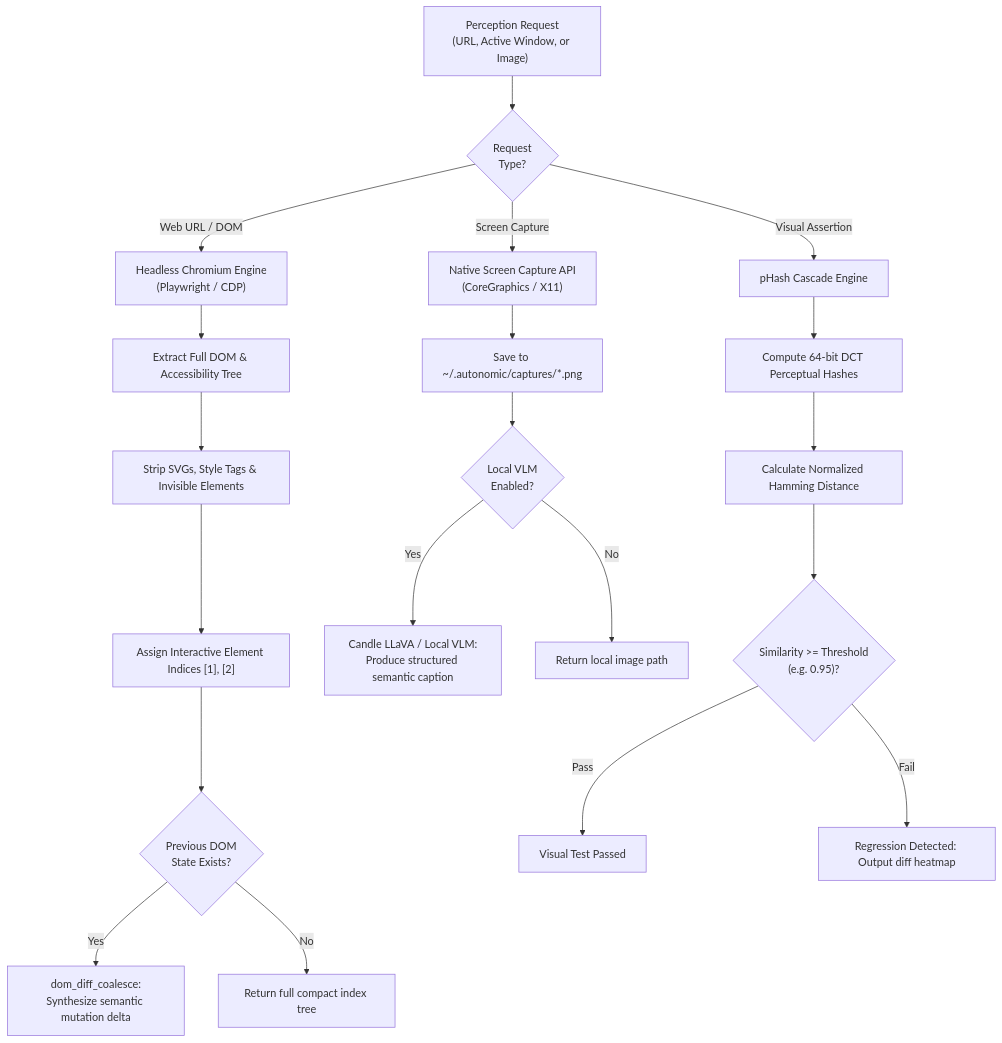
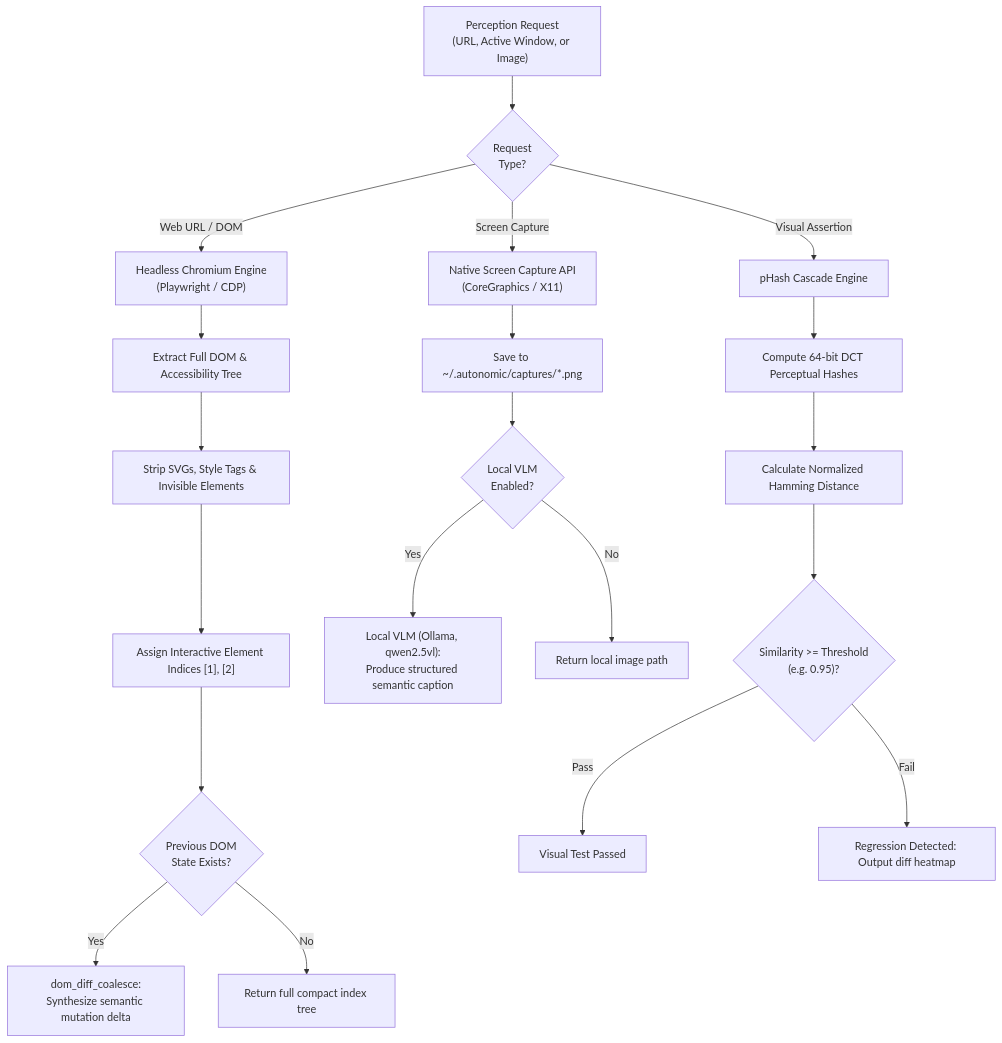
One commit to autonomic-ai-dev/agent-eyes changed the diagram in CONTEXT.md. Above: the diagram before and after it, drawn with Mermaid. The commit also changed 9 other files, not shown here.

First line of the commit message:
feat(eyes): Ollama VLM backend and Playwright screenshot capture (#30)

````diff
--- a/CONTEXT.md
+++ b/CONTEXT.md
@@ -29,27 +29,27 @@
 ```mermaid
 flowchart TD
     UIReq["Perception Request<br>(URL, Active Window, or Image)"] --> TaskType{"Request<br>Type?"}
     
     TaskType -->|Web URL / DOM| FetchBrowser["Headless Chromium Engine<br>(Playwright / CDP)"]
     TaskType -->|Screen Capture| CaptureWindow["Native Screen Capture API<br>(CoreGraphics / X11)"]
     TaskType -->|Visual Assertion| PHashDiff["pHash Cascade Engine"]
 
     FetchBrowser --> RawDOM["Extract Full DOM & Accessibility Tree"]
     RawDOM --> PruneBloat["Strip SVGs, Style Tags & Invisible Elements"]
     PruneBloat --> AssignIndices["Assign Interactive Element Indices [1], [2]"]
     AssignIndices --> CoalesceDeltas{"Previous DOM<br>State Exists?"}
     
     CoalesceDeltas -->|Yes| DiffCoalesce["dom_diff_coalesce:<br>Synthesize semantic mutation delta"]
     CoalesceDeltas -->|No| FullIndex["Return full compact index tree"]
     
     CaptureWindow --> SaveCapture["Save to ~/.autonomic/captures/*.png"]
     SaveCapture --> OptionalVLM{"Local VLM<br>Enabled?"}
-    OptionalVLM -->|Yes| CandleDescribe["Candle LLaVA / Local VLM:<br>Produce structured semantic caption"]
+    OptionalVLM -->|Yes| CandleDescribe["Local VLM (Ollama, qwen2.5vl):<br>Produce structured semantic caption"]
     OptionalVLM -->|No| ReturnImageRef["Return local image path"]
 
     PHashDiff --> ComputeHash["Compute 64-bit DCT Perceptual Hashes"]
     ComputeHash --> HammingDist["Calculate Normalized Hamming Distance"]
     HammingDist --> AssertVerdict{"Similarity >= Threshold<br>(e.g. 0.95)?"}
     AssertVerdict -->|Pass| PassResult["Visual Test Passed"]
     AssertVerdict -->|Fail| FailResult["Regression Detected: Output diff heatmap"]
 ```
````
